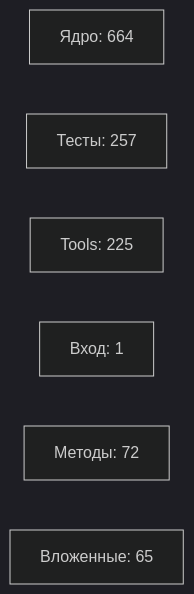
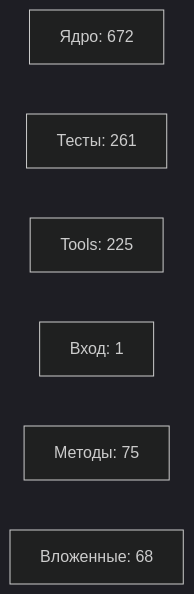
The third of 5 diagrams in Docs/CODEBASE_ANALYTICS.md (OrionFLASH/SPOD_PARCE_LOAD), drawn with Mermaid (dark theme) before and after one commit. The commit also changed other lines of this file and 3 other files, not shown here.

````diff
--- a/Docs/CODEBASE_ANALYTICS.md
+++ b/Docs/CODEBASE_ANALYTICS.md
@@ -176,9 +180,9 @@
 ```mermaid
 flowchart LR
-    core[Ядро: 664]
-    tests[Тесты: 257]
+    core[Ядро: 672]
+    tests[Тесты: 261]
     tools[Tools: 225]
     entry[Вход: 1]
-    methods[Методы: 72]
-    nested[Вложенные: 65]
+    methods[Методы: 75]
+    nested[Вложенные: 68]
 ```
````
